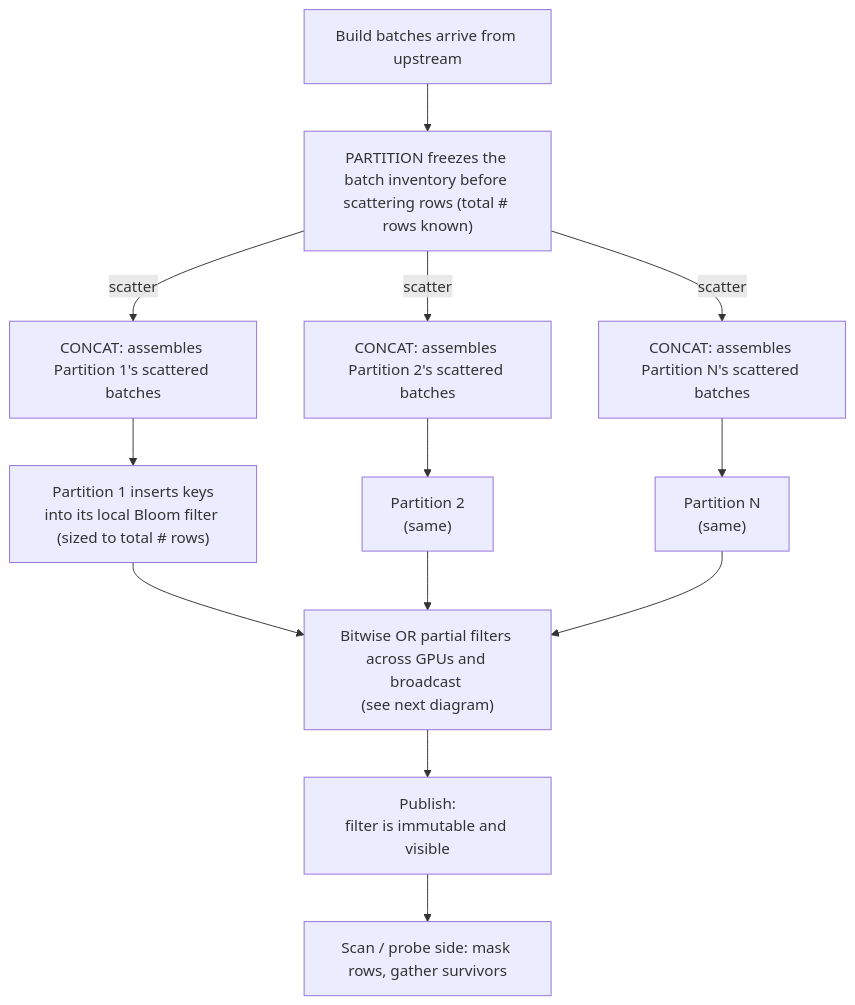
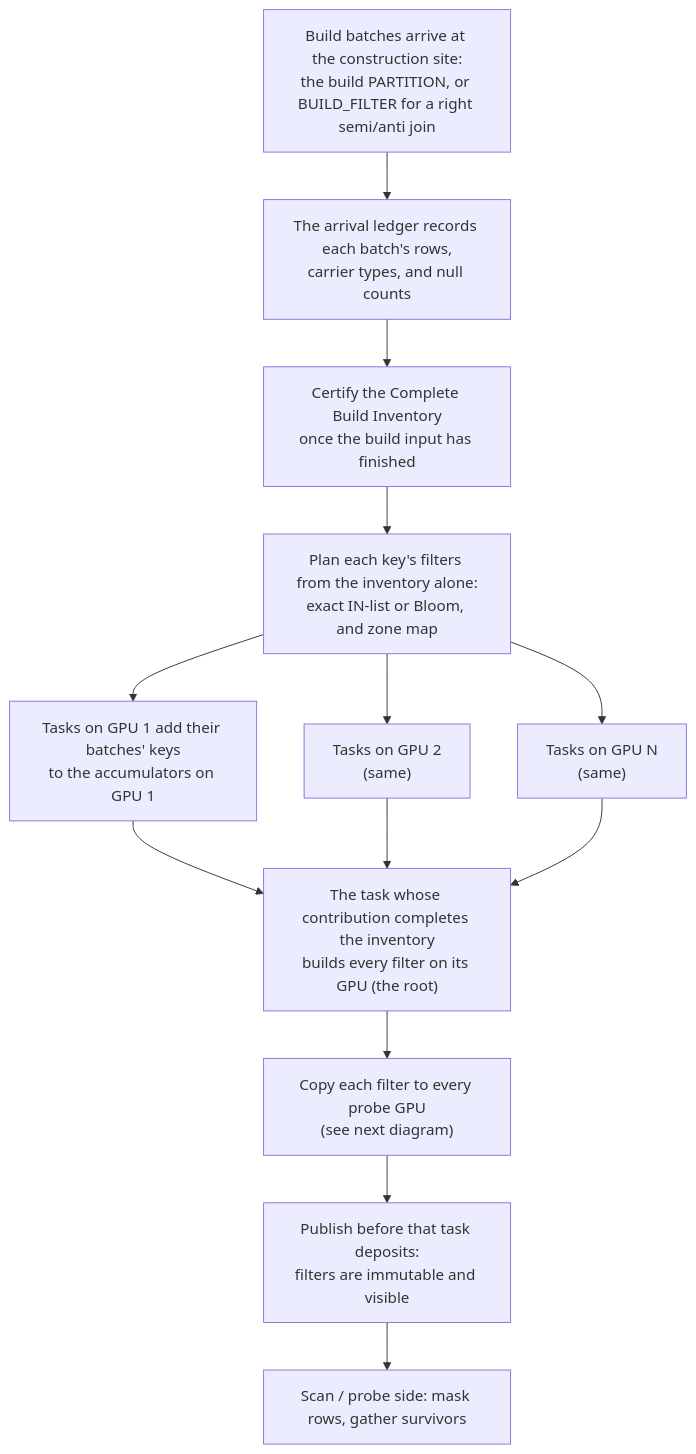
One commit to sirius-db/sirius changed the first of 4 diagrams in docs/super-sirius/dynamic-filters-unified-design.md. Above: the diagram before and after it, drawn with Mermaid. The commit also changed other lines of this file and 10 other files, not shown here.

First line of the commit message:
docs(dynamic-filter): document unified construction

````diff
--- a/docs/super-sirius/dynamic-filters-unified-design.md
+++ b/docs/super-sirius/dynamic-filters-unified-design.md
@@ -7,15 +7,15 @@
 ```mermaid
 flowchart TB
-    O["Build batches arrive from upstream"] --> F["PARTITION freezes the batch inventory before scattering rows (total # rows known)"]
-    F -->|scatter| CC1["CONCAT: assembles Partition 1's scattered batches"]
-    F -->|scatter| CC2["CONCAT: assembles Partition 2's scattered batches"]
-    F -->|scatter| CCN["CONCAT: assembles Partition N's scattered batches"]
-    CC1 --> P1["Partition 1 inserts keys\ninto its local Bloom filter (sized to total # rows)"]
-    CC2 --> P2["Partition 2\n(same)"]
-    CCN --> PN["Partition N\n(same)"]
-    P1 --> Cmb["Bitwise OR partial filters across GPUs and broadcast \n(see next diagram)"]
-    P2 --> Cmb
-    PN --> Cmb
-    Cmb --> Pub["Publish:\nfilter is immutable and visible"]
+    O["Build batches arrive at the construction site:\nthe build PARTITION, or BUILD_FILTER for a right semi/anti join"] --> L["The arrival ledger records each batch's rows,\ncarrier types, and null counts"]
+    L --> I["Certify the Complete Build Inventory\nonce the build input has finished"]
+    I --> P["Plan each key's filters from the inventory alone:\nexact IN-list or Bloom, and zone map"]
+    P --> T1["Tasks on GPU 1 add their batches' keys\nto the accumulators on GPU 1"]
+    P --> T2["Tasks on GPU 2\n(same)"]
+    P --> TN["Tasks on GPU N\n(same)"]
+    T1 --> R["The task whose contribution completes the inventory\nbuilds every filter on its GPU (the root)"]
+    T2 --> R
+    TN --> R
+    R --> Rep["Copy each filter to every probe GPU\n(see next diagram)"]
+    Rep --> Pub["Publish before that task deposits:\nfilters are immutable and visible"]
     Pub --> S["Scan / probe side: mask rows, gather survivors"]
 ```
````
